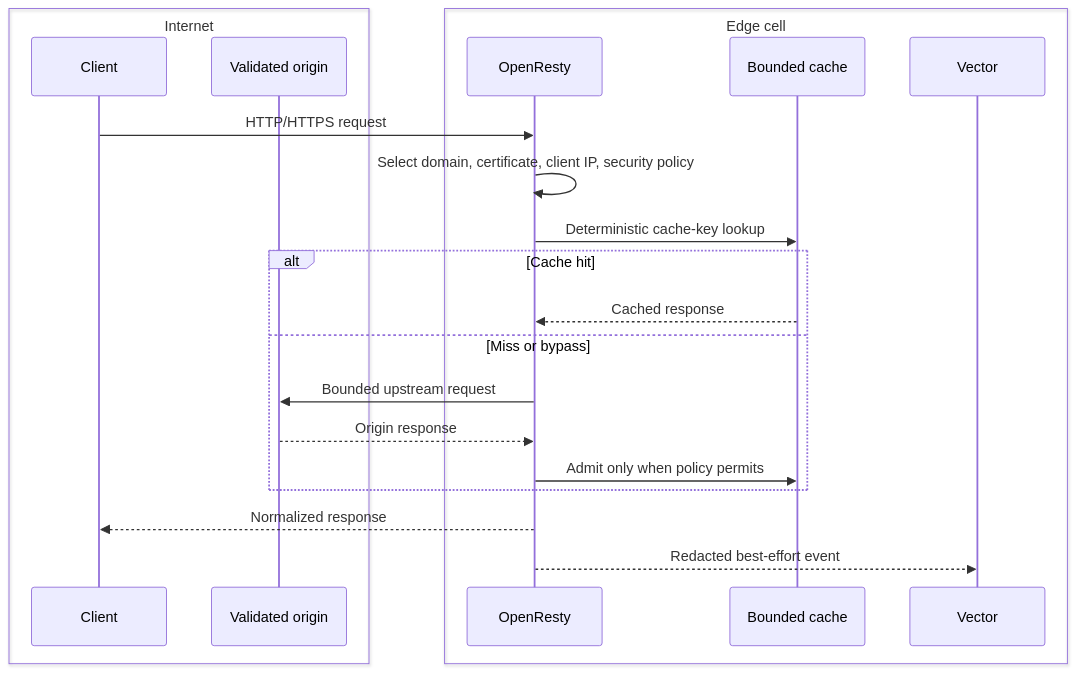
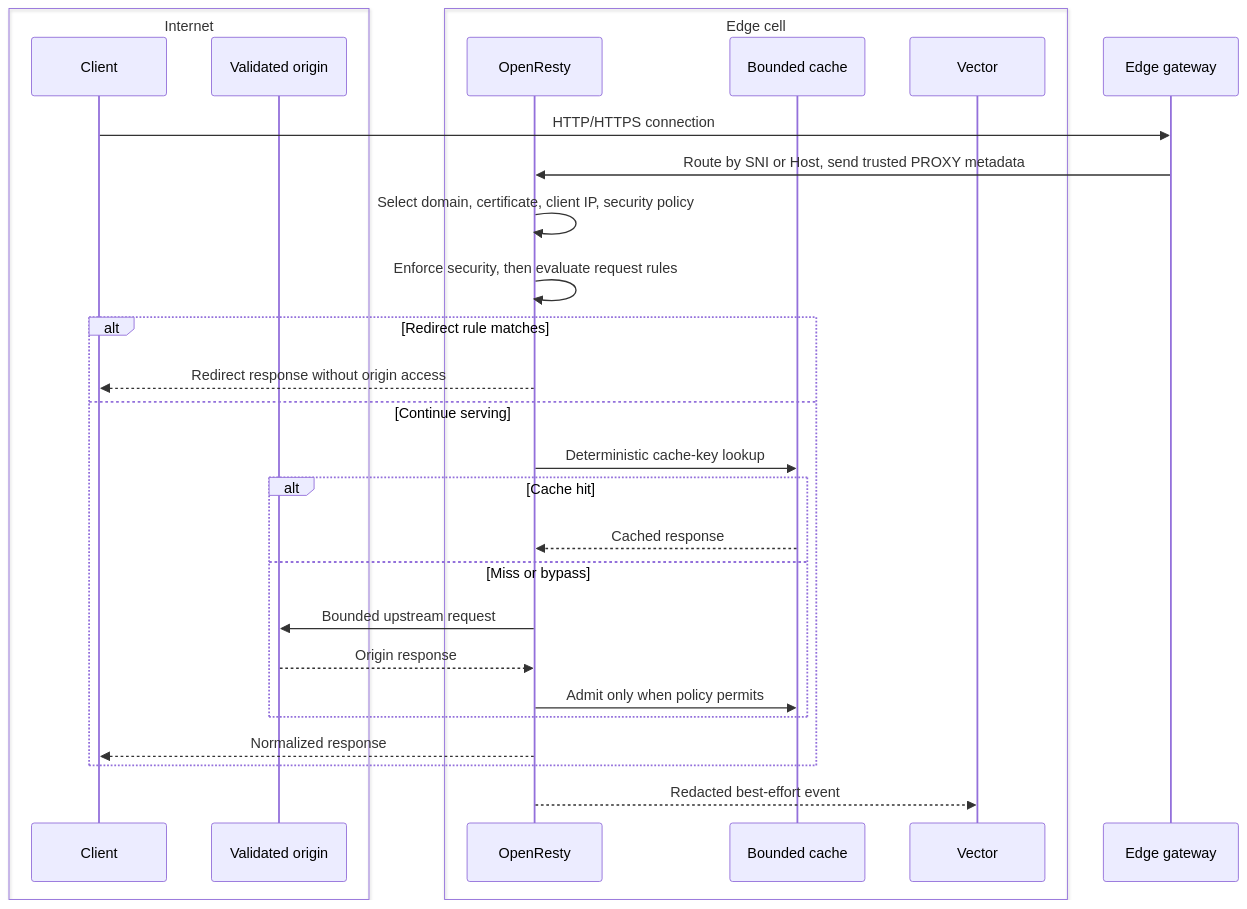
One commit to vaheed/CDNFoundry changed the second of 5 diagrams in docs/architecture/data-flows.md. Above: the diagram before and after it, drawn with Mermaid. The commit also changed other lines of this file and 7 other files, not shown here.

Commit message:
docs: correct DNS publication and edge request flows

````diff
--- a/docs/architecture/data-flows.md
+++ b/docs/architecture/data-flows.md
@@ -50,24 +50,31 @@
 ```mermaid
 sequenceDiagram
     box Internet
       participant C as Client
       participant O as Validated origin
     end
     box Edge cell
       participant E as OpenResty
       participant Cache as Bounded cache
       participant V as Vector
     end
-    C->>E: HTTP/HTTPS request
+    participant G as Edge gateway
+    C->>G: HTTP/HTTPS connection
+    G->>E: Route by SNI or Host, send trusted PROXY metadata
     E->>E: Select domain, certificate, client IP, security policy
-    E->>Cache: Deterministic cache-key lookup
-    alt Cache hit
-      Cache-->>E: Cached response
-    else Miss or bypass
-      E->>O: Bounded upstream request
-      O-->>E: Origin response
-      E->>Cache: Admit only when policy permits
+    E->>E: Enforce security, then evaluate request rules
+    alt Redirect rule matches
+      E-->>C: Redirect response without origin access
+    else Continue serving
+      E->>Cache: Deterministic cache-key lookup
+      alt Cache hit
+        Cache-->>E: Cached response
+      else Miss or bypass
+        E->>O: Bounded upstream request
+        O-->>E: Origin response
+        E->>Cache: Admit only when policy permits
+      end
+      E-->>C: Normalized response
     end
-    E-->>C: Normalized response
     E-->>V: Redacted best-effort event
 ```
````
